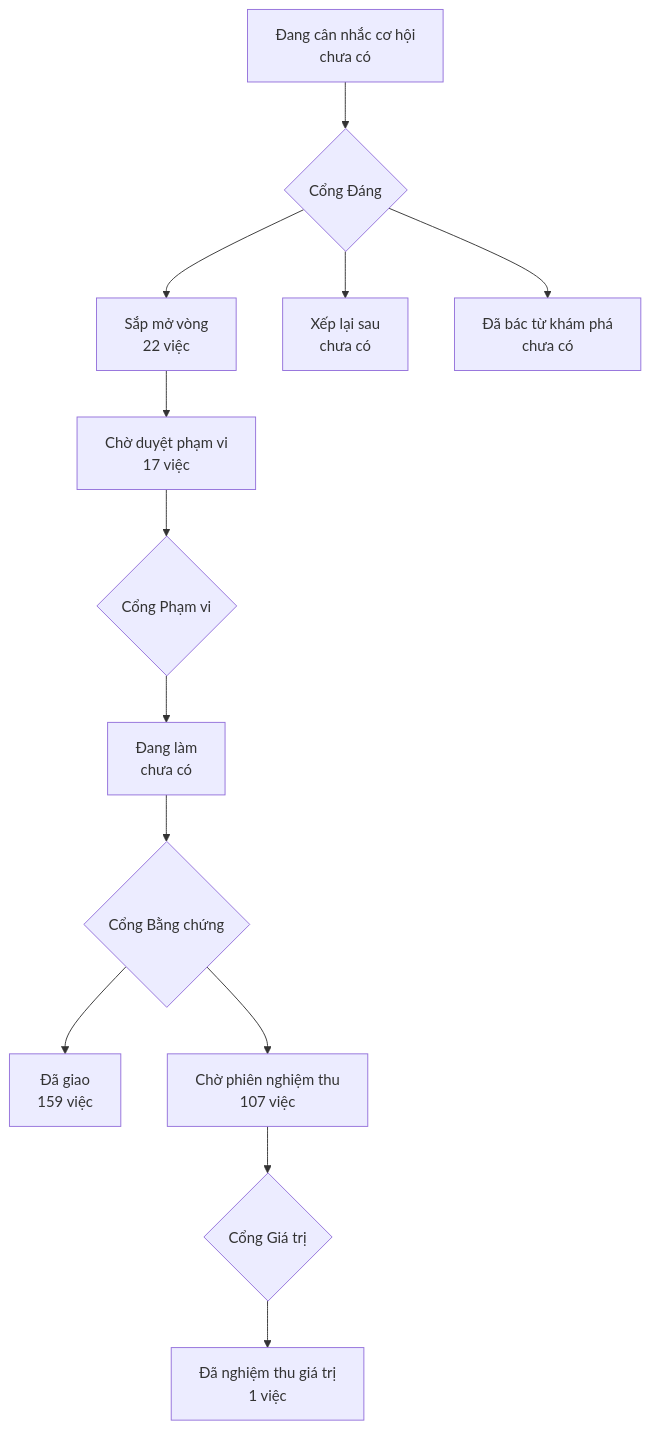
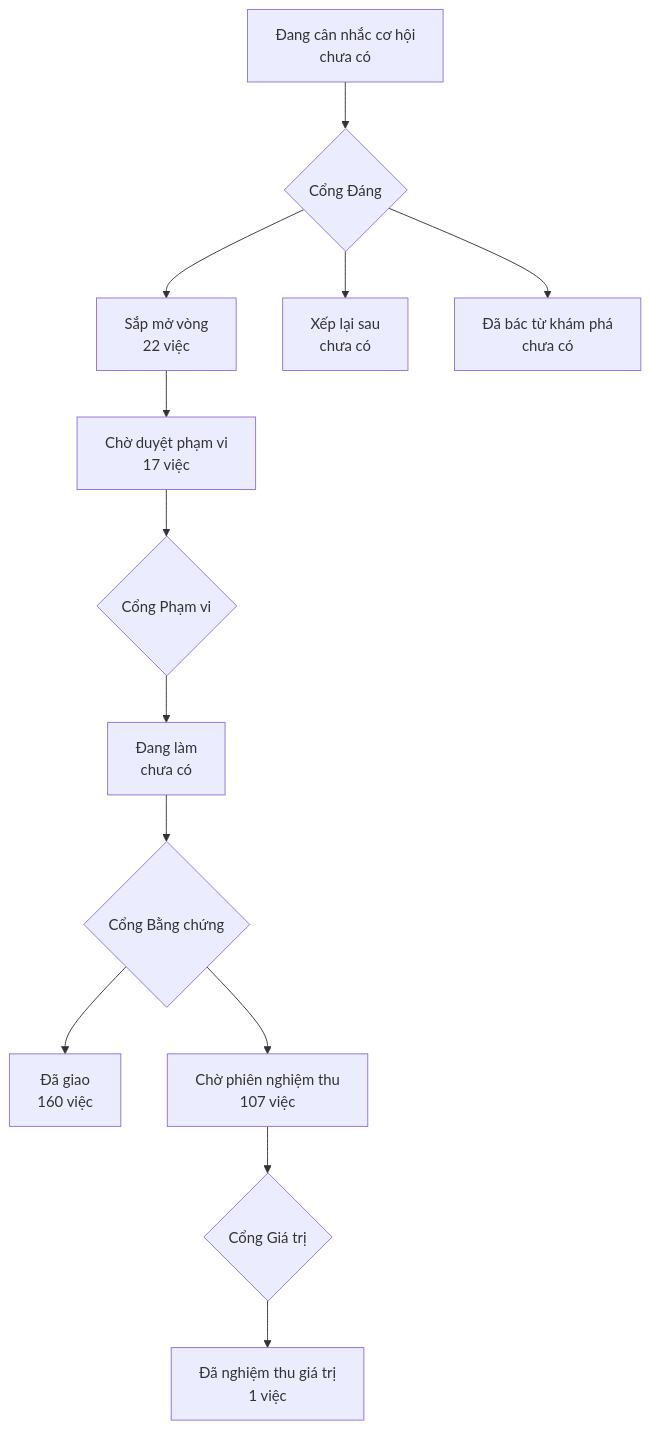
One commit to phanlemanh/onehub-invest changed the diagram in PRODUCT-MAP.md. Above: the diagram before and after it, drawn with Mermaid. The commit also changed other lines of this file and 65 other files, not shown here.

````diff
--- a/PRODUCT-MAP.md
+++ b/PRODUCT-MAP.md
@@ -7,12 +7,12 @@
 ```mermaid
 flowchart TD
   A["Đang cân nhắc cơ hội<br/>chưa có"] --> GD{"Cổng Đáng"}
   GD --> B["Sắp mở vòng<br/>22 việc"]
   GD --> XL["Xếp lại sau<br/>chưa có"]
   GD --> DB["Đã bác từ khám phá<br/>chưa có"]
   B --> CD["Chờ duyệt phạm vi<br/>17 việc"] --> GP{"Cổng Phạm vi"}
   GP --> DL["Đang làm<br/>chưa có"] --> GB{"Cổng Bằng chứng"}
-  GB --> DG["Đã giao<br/>159 việc"]
+  GB --> DG["Đã giao<br/>160 việc"]
   GB --> CN["Chờ phiên nghiệm thu<br/>107 việc"] --> GG{"Cổng Giá trị"}
   GG --> NT["Đã nghiệm thu giá trị<br/>1 việc"]
 ```
````
